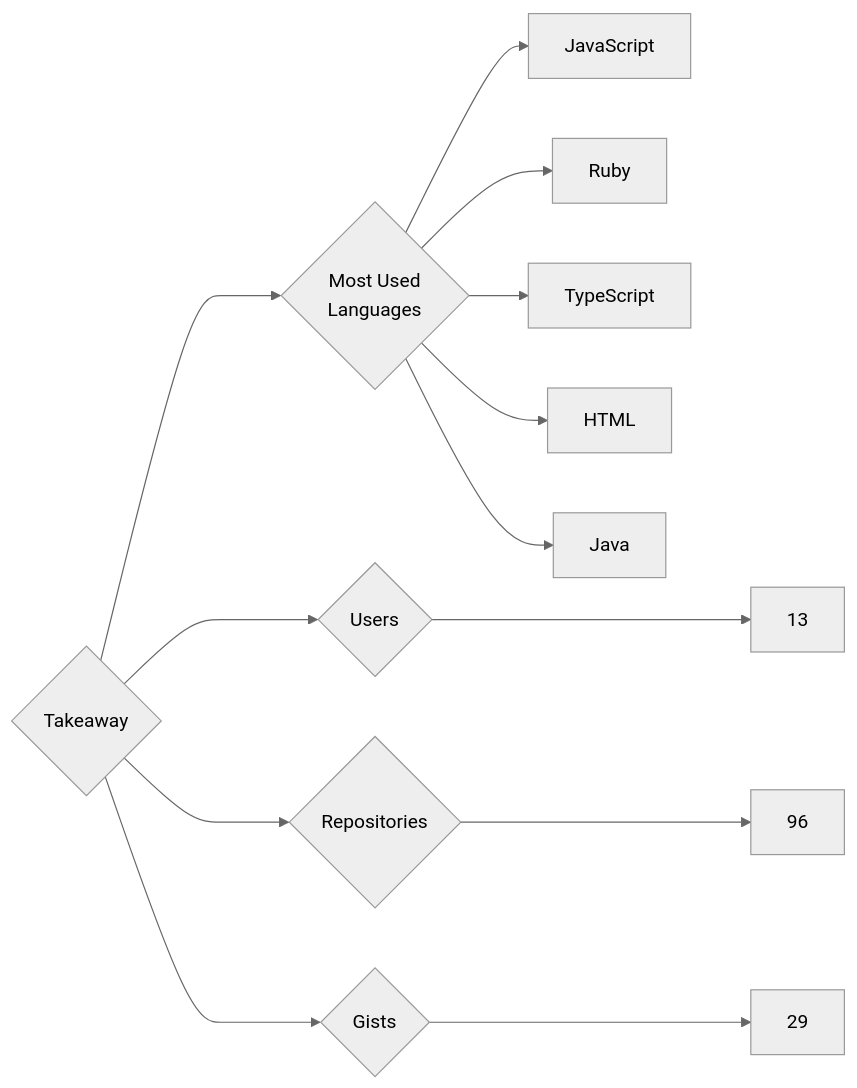
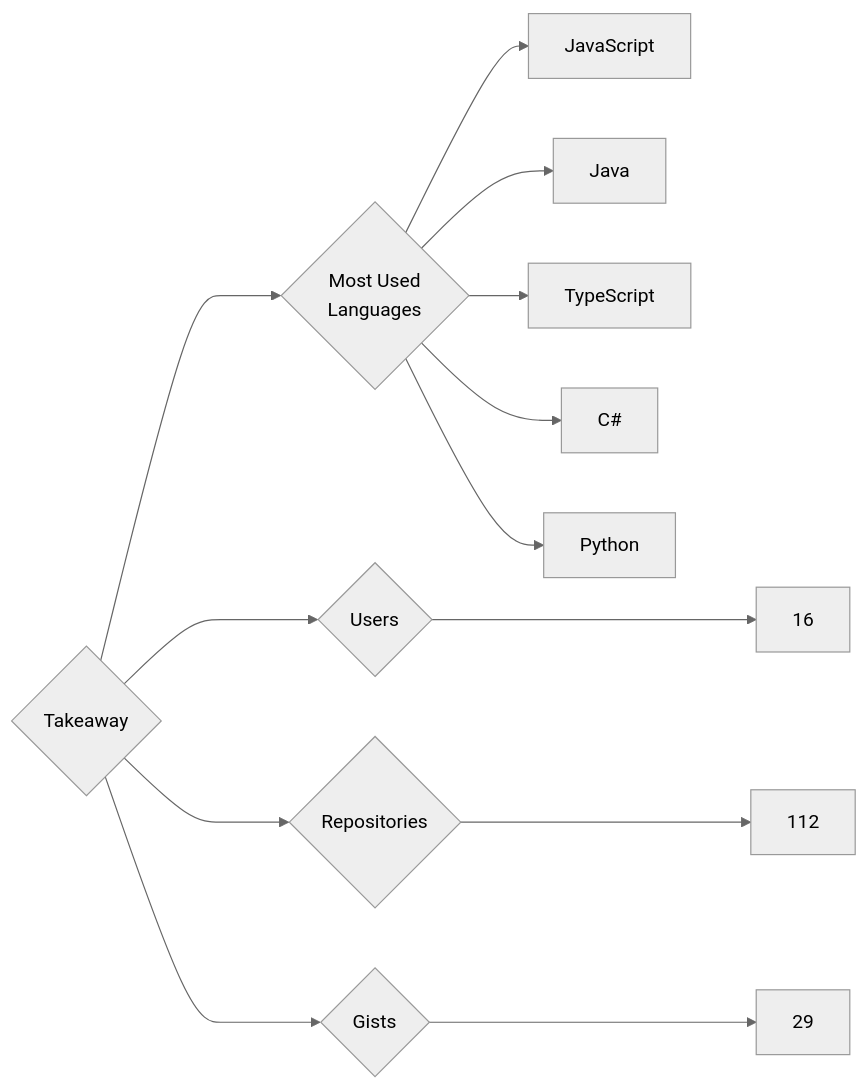
One commit to trickest/insiders changed the diagram in targets/Takeaway/README.md. Above: the diagram before and after it, drawn with Mermaid (neutral theme). The commit also changed 725 other files, not shown here.

````diff
--- a/targets/Takeaway/README.md
+++ b/targets/Takeaway/README.md
@@ -3,13 +3,13 @@
 ```mermaid
 graph LR
 COMPANY_NAME{Takeaway}
-COMPANY_NAME ---> U{Users} ---> UN[13]
-COMPANY_NAME ---> R{Repositories} ---> RN[96]
+COMPANY_NAME ---> U{Users} ---> UN[16]
+COMPANY_NAME ---> R{Repositories} ---> RN[112]
 COMPANY_NAME ---> G{Gists} ---> GN[29]
 COMPANY_NAME ---> ML{Most Used<br>Languages}
 ML --> JavaScript[JavaScript]
-ML --> Ruby[Ruby]
+ML --> Java[Java]
 ML --> TypeScript[TypeScript]
-ML --> HTML[HTML]
-ML --> Java[Java]
+ML --> C#[C#]
+ML --> Python[Python]
 ```
````
